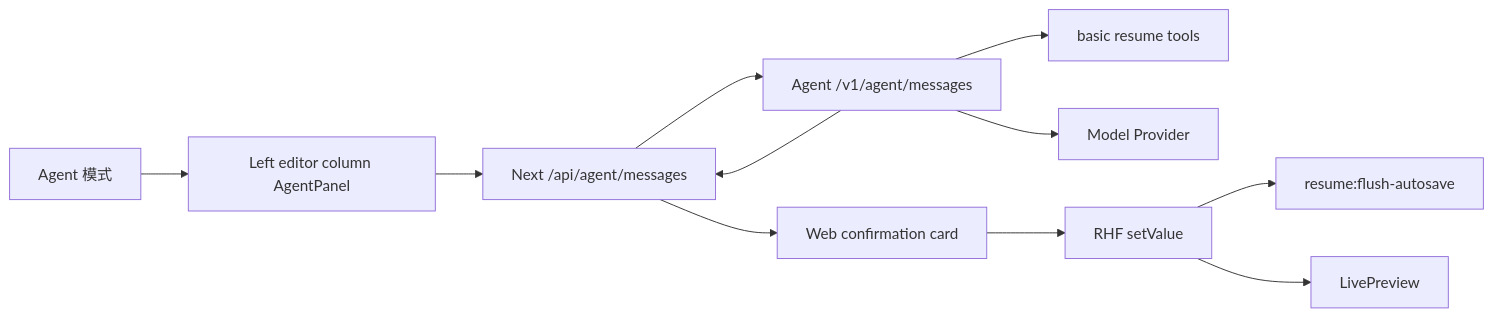
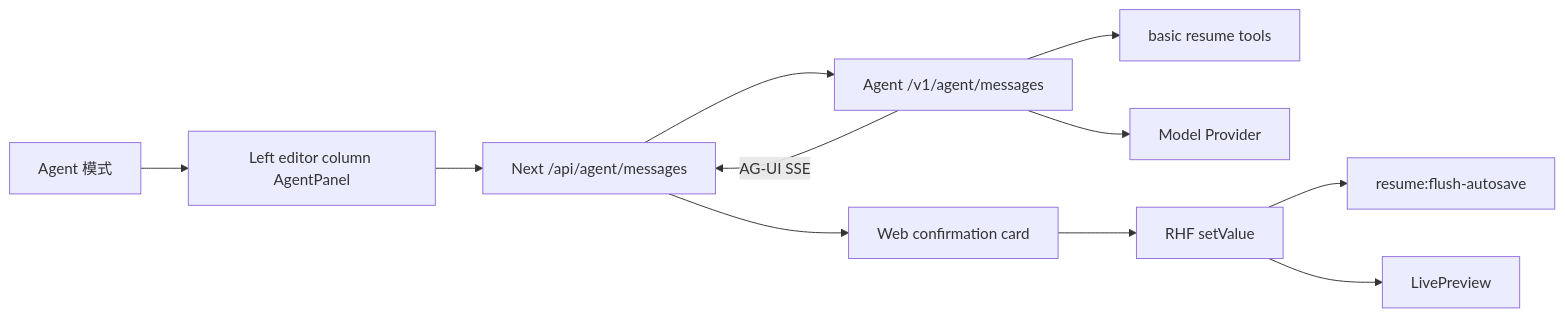
The third of 3 diagrams in docs/agent/architecture.md (Rory-X/intro-builder), drawn with Mermaid before and after one commit. The commit also changed other lines of this file and 35 other files, not shown here.

````diff
--- a/docs/agent/architecture.md
+++ b/docs/agent/architecture.md
@@ -93,13 +93,13 @@
 ```mermaid
 flowchart LR
   Toolbar["Agent 模式"] --> LeftPanel["Left editor column AgentPanel"]
   LeftPanel --> WebBff["Next /api/agent/messages"]
   WebBff --> AgentRoute["Agent /v1/agent/messages"]
   AgentRoute --> Tools["basic resume tools"]
   AgentRoute --> Provider["Model Provider"]
-  AgentRoute --> WebBff
+  AgentRoute -- "AG-UI SSE" --> WebBff
   WebBff --> Confirm["Web confirmation card"]
   Confirm --> RHF["RHF setValue"]
   RHF --> Autosave["resume:flush-autosave"]
   RHF --> Preview["LivePreview"]
 ```
````
